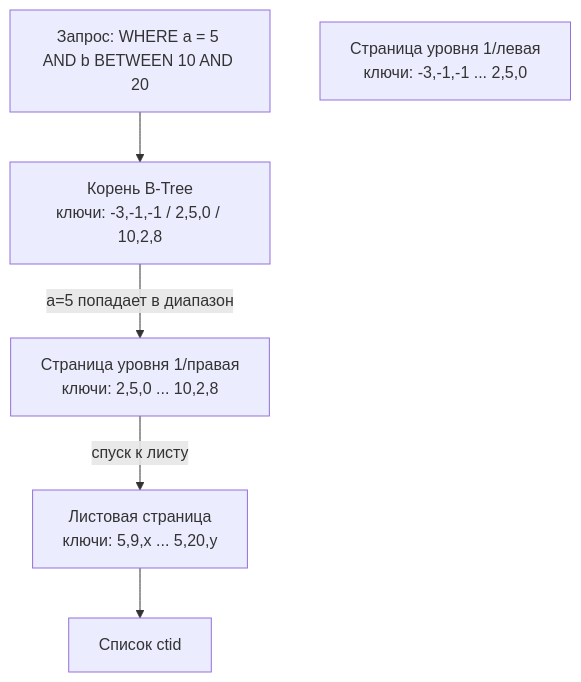
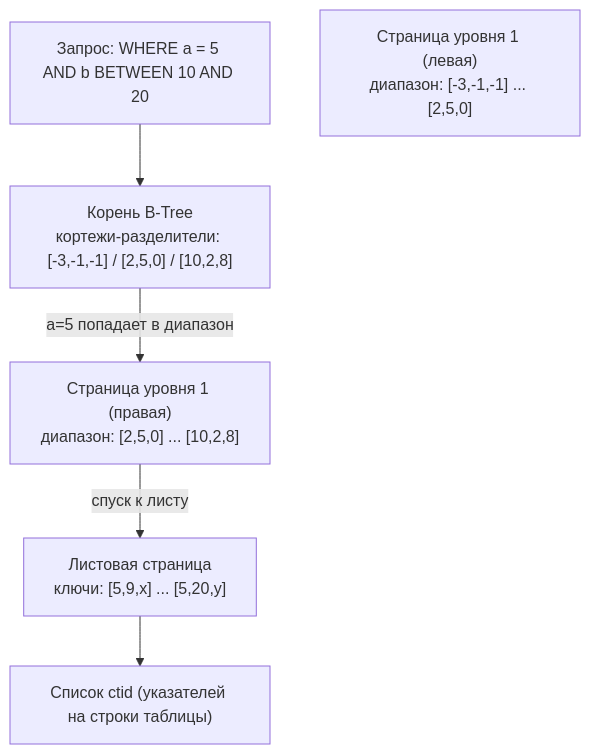
Before and after one commit to UnrealTemplier/go-textbook: the first of 2 diagrams in sources/12. Базы данных/04. Индексы и производительность/5. Composite индексы.md, drawn with Mermaid. The commit also changed other lines of this file, not shown here.

````diff
--- a/sources/12. Базы данных/04. Индексы и производительность/5. Composite индексы.md
+++ b/sources/12. Базы данных/04. Индексы и производительность/5. Composite индексы.md
@@ -18,14 +30,14 @@
 ```mermaid
 flowchart TD
     Query["Запрос: WHERE a = 5 AND b BETWEEN 10 AND 20"]
-    Root["Корень B-Tree<br>ключи: -3,-1,-1 / 2,5,0 / 10,2,8"]
-    L1["Страница уровня 1/левая<br>ключи: -3,-1,-1 ... 2,5,0"]
-    L2["Страница уровня 1/правая<br>ключи: 2,5,0 ... 10,2,8"]
-    Leaf["Листовая страница<br>ключи: 5,9,x ... 5,20,y"]
-    Result["Список ctid"]
+    Root["Корень B-Tree<br>кортежи-разделители: [-3,-1,-1] / [2,5,0] / [10,2,8]"]
+    L1["Страница уровня 1 (левая)<br>диапазон: [-3,-1,-1] ... [2,5,0]"]
+    L2["Страница уровня 1 (правая)<br>диапазон: [2,5,0] ... [10,2,8]"]
+    Leaf["Листовая страница<br>ключи: [5,9,x] ... [5,20,y]"]
+    Result["Список ctid (указателей на строки таблицы)"]
 
     Query --> Root
     Root -->|"a=5 попадает в диапазон"| L2
     L2 -->|"спуск к листу"| Leaf
     Leaf --> Result
 ```
````
